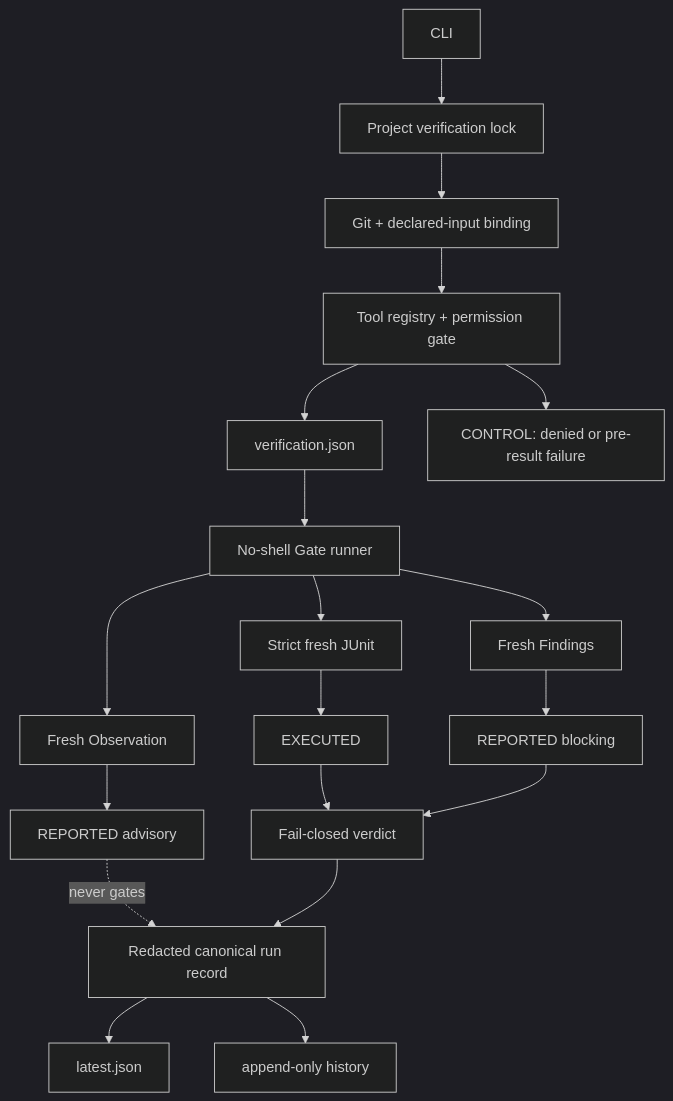
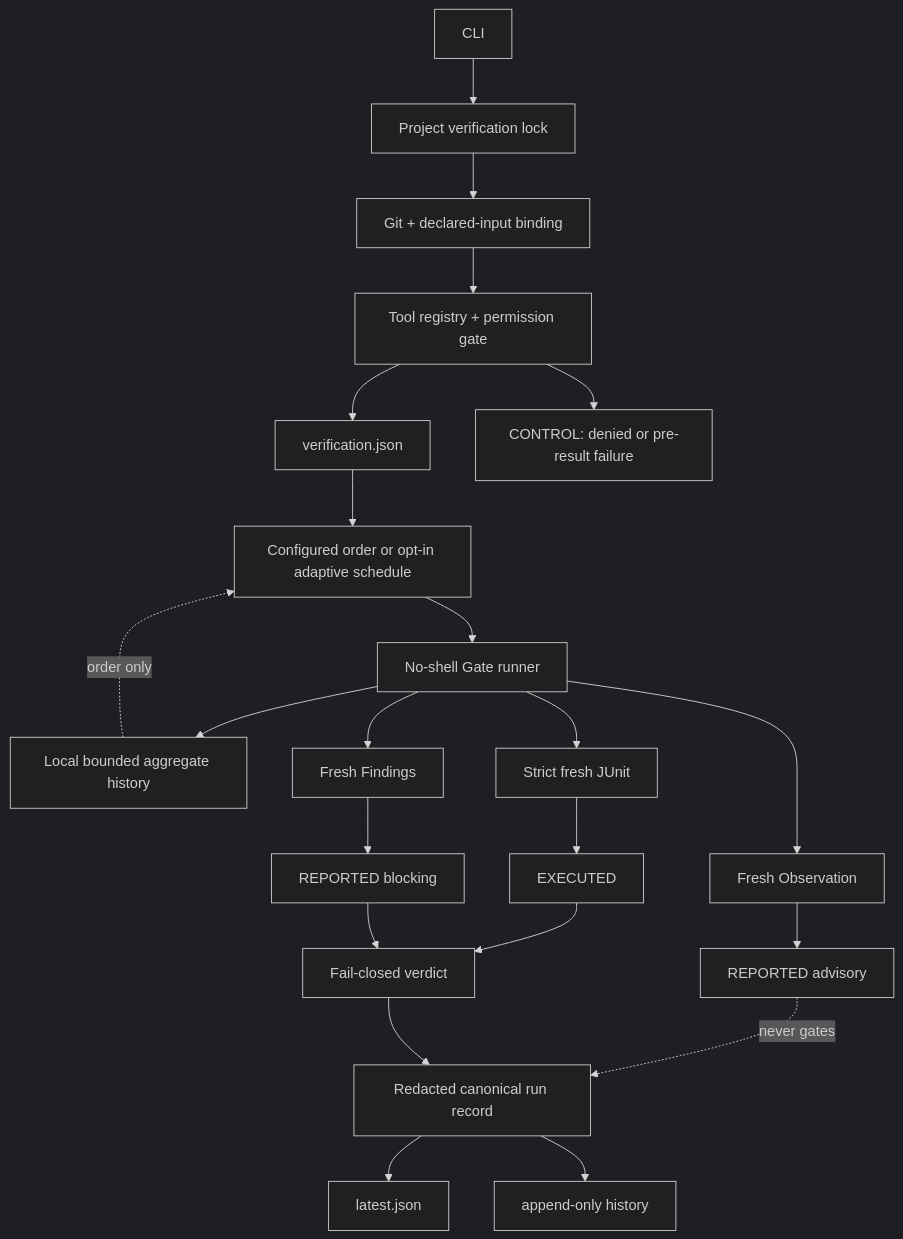
One commit to yeongwanho/backend-team-harness changed the first of 2 diagrams in docs/ARCHITECTURE.md. Above: the diagram before and after it, drawn with Mermaid (dark theme). The commit also changed other lines of this file and 27 other files, not shown here.

````diff
--- a/docs/ARCHITECTURE.md
+++ b/docs/ARCHITECTURE.md
@@ -11,21 +11,24 @@
 ```mermaid
 flowchart TB
   CLI[CLI] --> Lock[Project verification lock]
   Lock --> Bind[Git + declared-input binding]
   Bind --> Registry[Tool registry + permission gate]
   Registry --> Config[verification.json]
   Registry --> Control[CONTROL: denied or pre-result failure]
-  Config --> Runner[No-shell Gate runner]
+  Config --> Schedule[Configured order or opt-in adaptive schedule]
+  Schedule --> Runner[No-shell Gate runner]
+  Runner --> Aggregate[Local bounded aggregate history]
+  Aggregate -. order only .-> Schedule
   Runner --> JUnit[Strict fresh JUnit]
   Runner --> Findings[Fresh Findings]
   Runner --> Observation[Fresh Observation]
   JUnit --> Executed[EXECUTED]
   Findings --> Reported[REPORTED blocking]
   Observation --> Advisory[REPORTED advisory]
   Executed --> Verdict[Fail-closed verdict]
   Reported --> Verdict
   Advisory -. never gates .-> Record
   Verdict --> Record[Redacted canonical run record]
   Record --> Latest[latest.json]
   Record --> History[append-only history]
 ```
````
